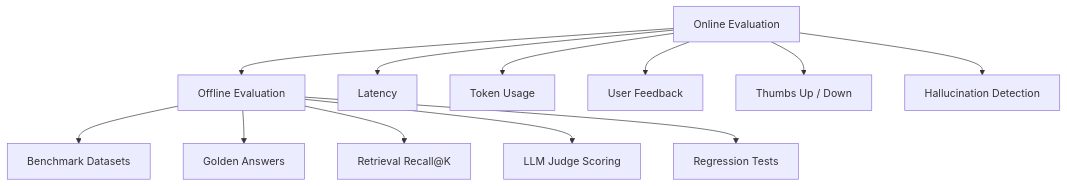
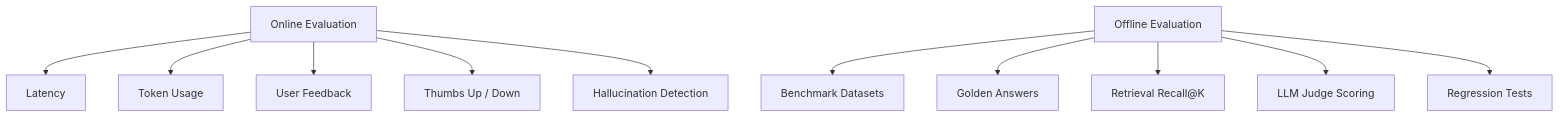
Before and after one commit to taixingbi/chat-bot-docs: the second of 2 diagrams in README.md, drawn with Mermaid.

Commit message:
Update README with online and offline metrics
Added online and offline metrics sections with details.

````diff
--- a/README.md
+++ b/README.md
@@ -26,20 +26,20 @@
 ```mermaid
 flowchart TD
 
 B[Online Evaluation]
 C[Offline Evaluation]
 
-B --> C
-
+%% Online metrics
 B --> B1[Latency]
 B --> B2[Token Usage]
 B --> B3[User Feedback]
 B --> B4[Thumbs Up / Down]
 B --> B5[Hallucination Detection]
 
+%% Offline metrics
 C --> C1[Benchmark Datasets]
 C --> C2[Golden Answers]
 C --> C3[Retrieval Recall@K]
 C --> C4[LLM Judge Scoring]
 C --> C5[Regression Tests]
 ```
````
